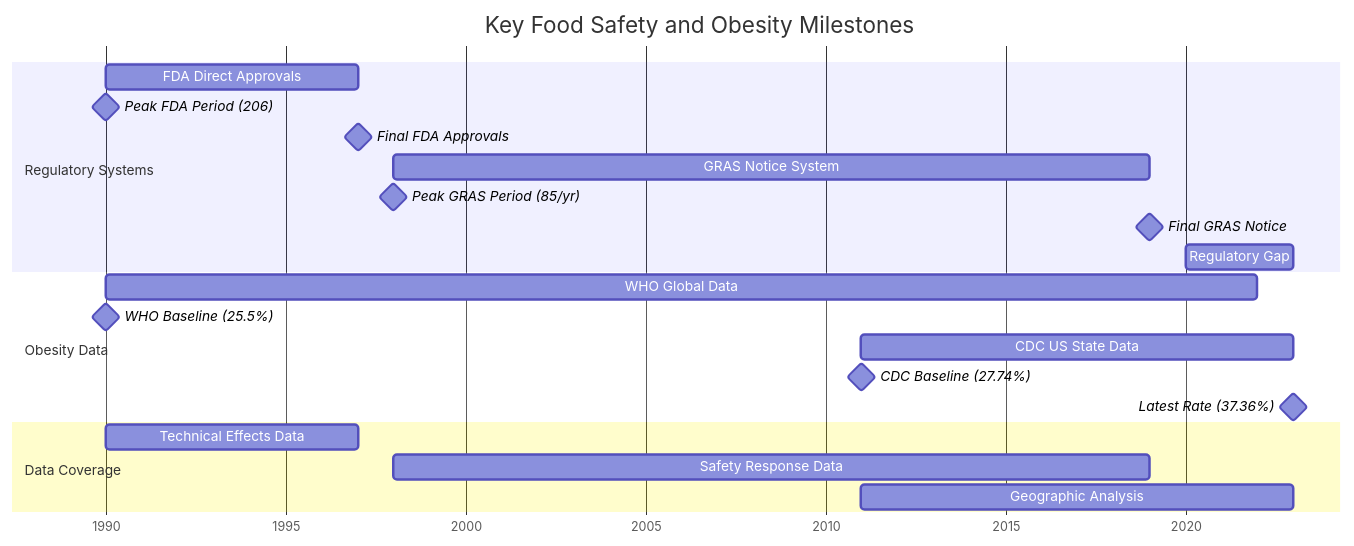
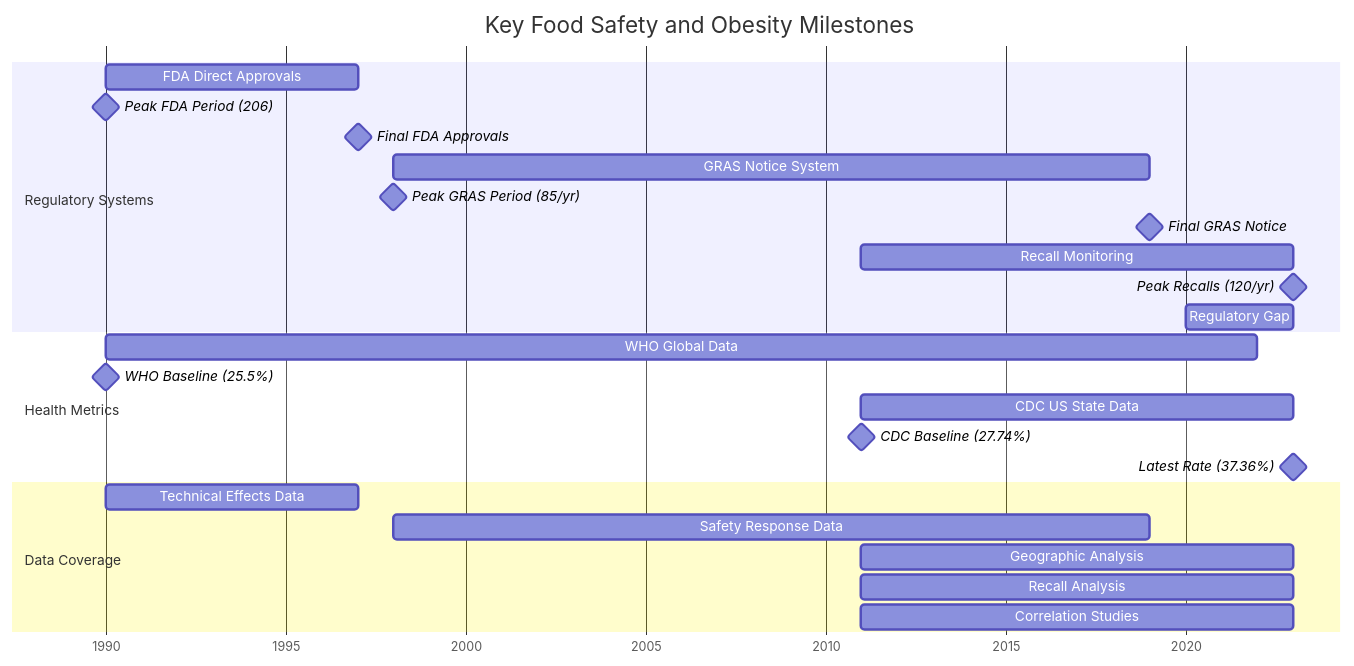
One commit to gsinghjay/data-dashboard changed the first of 10 diagrams in README.md. Above: the diagram before and after it, drawn with Mermaid. The commit also changed other lines of this file and 1 other file, not shown here.

First line of the commit message:
feat(docs): enhance food safety and obesity correlation analysis

````diff
--- a/README.md
+++ b/README.md
@@ -15,27 +22,31 @@
 ```mermaid
 gantt
     title Key Food Safety and Obesity Milestones
     dateFormat YYYY
     axisFormat %Y
     
     section Regulatory Systems
     FDA Direct Approvals     :1990, 1997
     Peak FDA Period (206)    :milestone, 1990, 1d
     Final FDA Approvals      :milestone, 1997, 1d
     GRAS Notice System      :1998, 2019
     Peak GRAS Period (85/yr) :milestone, 1998, 1d
     Final GRAS Notice       :milestone, 2019, 1d
+    Recall Monitoring       :2011, 2023
+    Peak Recalls (120/yr)   :milestone, 2023, 1d
     Regulatory Gap          :2020, 2023
     
-    section Obesity Data
+    section Health Metrics
     WHO Global Data         :1990, 2022
     WHO Baseline (25.5%)    :milestone, 1990, 1d
     CDC US State Data       :2011, 2023
     CDC Baseline (27.74%)   :milestone, 2011, 1d
     Latest Rate (37.36%)    :milestone, 2023, 1d
     
     section Data Coverage
     Technical Effects Data  :1990, 1997
     Safety Response Data    :1998, 2019
     Geographic Analysis     :2011, 2023
+    Recall Analysis        :2011, 2023
+    Correlation Studies     :2011, 2023
 ```
````
